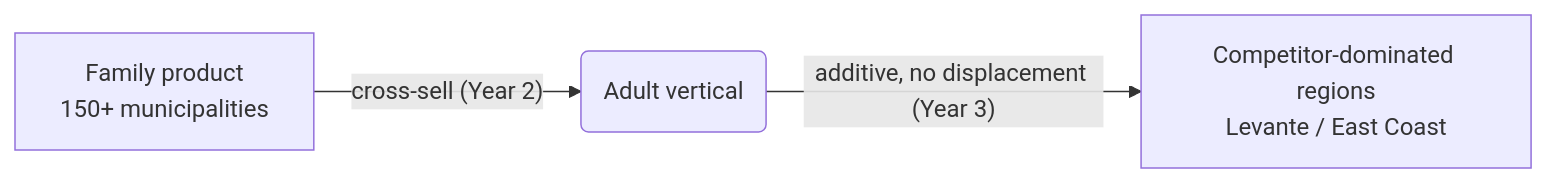
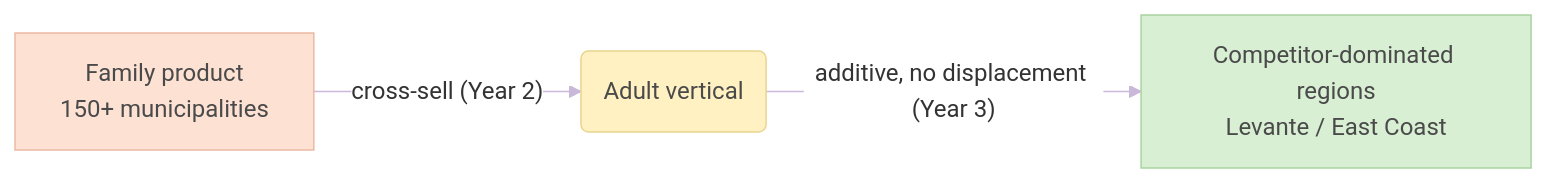
Before and after one commit to VictorFMR/pm-case-studies: the second of 5 diagrams in b2b2c-pivot-case-study.md, drawn with Mermaid. The commit also changed other lines of this file, not shown here.

````diff
--- a/b2b2c-pivot-case-study.md
+++ b/b2b2c-pivot-case-study.md
@@ -33,5 +34,12 @@
 ```mermaid
+%%{init: {'theme':'base','themeVariables':{'lineColor':'#C9B8D9','edgeLabelBackground':'#FFFFFF','textColor':'#7A7A7A'}}}%%
 flowchart LR
     F["Family product<br/>150+ municipalities"] -->|"cross-sell (Year 2)"| A("Adult vertical")
     A -->|"additive, no displacement (Year 3)"| R["Competitor-dominated regions<br/>Levante / East Coast"]
+    classDef peach fill:#FDE2D4,stroke:#EBB9A3,color:#4A4A4A
+    classDef butter fill:#FFF1C1,stroke:#E8D58F,color:#4A4A4A
+    classDef mint fill:#D8EFD3,stroke:#A9D3A0,color:#4A4A4A
+    class F peach
+    class A butter
+    class R mint
 ```
````
